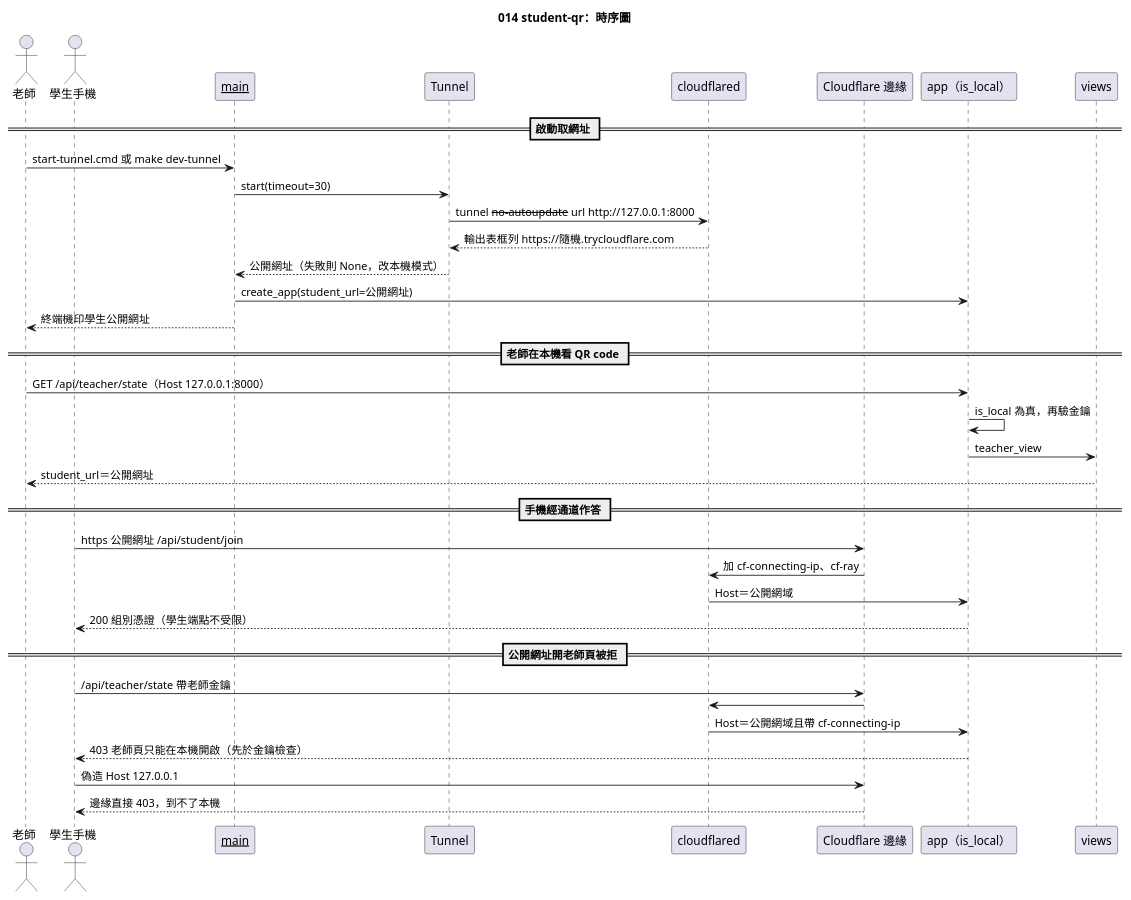
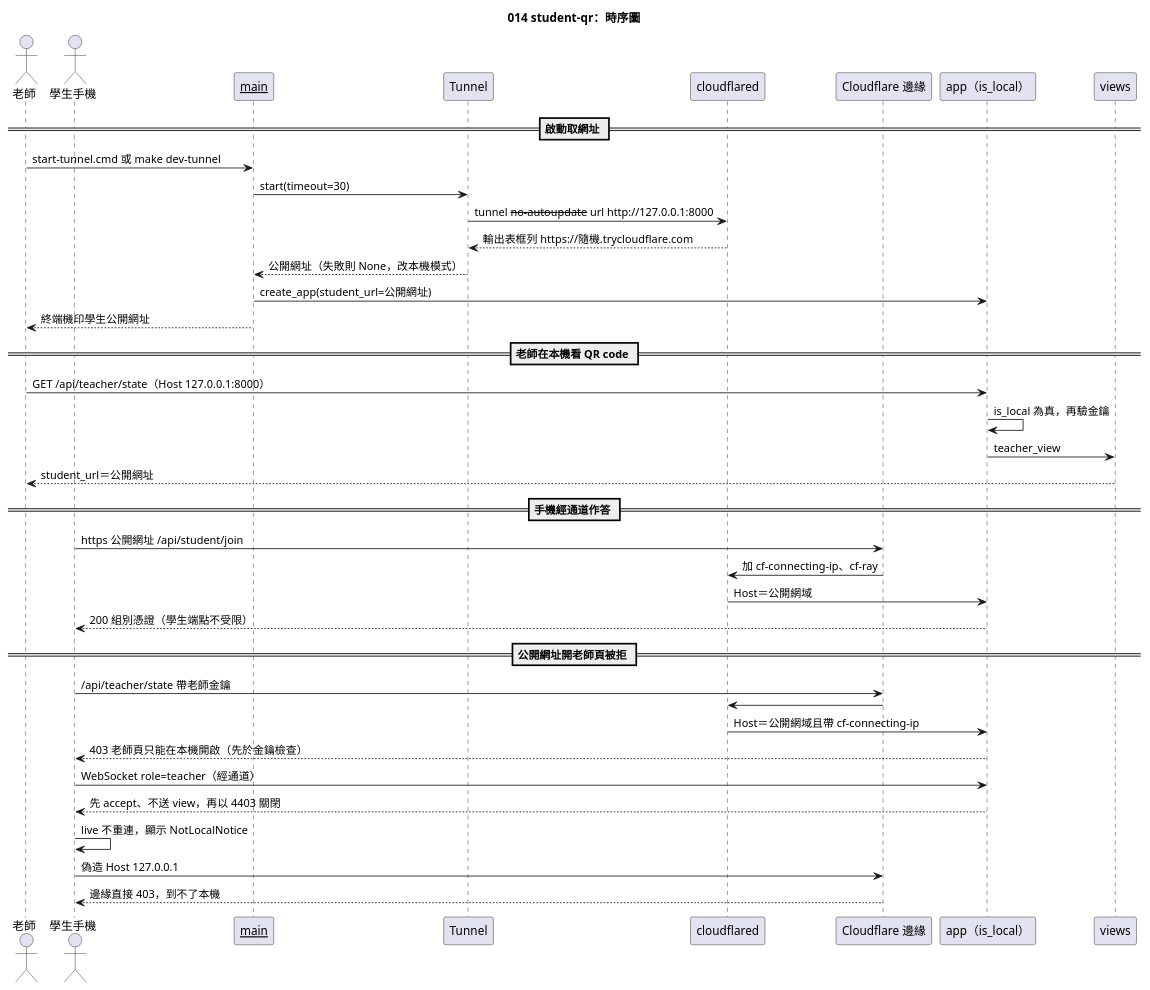
The diagram in diagrams/014-student-qr-sequence.puml (yue083139/software_fin-speckit), drawn with PlantUML before and after one commit. The commit also changed 14 other files, not shown here.

First line of the commit message:
feat(web,server): [CORE] 014-student-qr——學生連結 QR、老師頁不在本機提示、4403 不重連（與 OpenSpec 組同批）

```diff
--- a/diagrams/014-student-qr-sequence.puml
+++ b/diagrams/014-student-qr-sequence.puml
@@ -1,41 +1,44 @@
 @startuml 014-student-qr-sequence
 title 014 student-qr：時序圖
 
 actor "老師" as T
 actor "學生手機" as P
 participant "__main__" as M
 participant "Tunnel" as Tun
 participant "cloudflared" as CF
 participant "Cloudflare 邊緣" as E
 participant "app（is_local）" as A
 participant "views" as V
 
 == 啟動取網址 ==
 T -> M : start-tunnel.cmd 或 make dev-tunnel
 M -> Tun : start(timeout=30)
 Tun -> CF : tunnel --no-autoupdate --url http://127.0.0.1:8000
 CF --> Tun : 輸出表框列 https://隨機.trycloudflare.com
 Tun --> M : 公開網址（失敗則 None，改本機模式）
 M -> A : create_app(student_url=公開網址)
 M --> T : 終端機印學生公開網址
 
 == 老師在本機看 QR code ==
 T -> A : GET /api/teacher/state（Host 127.0.0.1:8000）
 A -> A : is_local 為真，再驗金鑰
 A -> V : teacher_view
 V --> T : student_url＝公開網址
 
 == 手機經通道作答 ==
 P -> E : https 公開網址 /api/student/join
 E -> CF : 加 cf-connecting-ip、cf-ray
 CF -> A : Host＝公開網域
 A --> P : 200 組別憑證（學生端點不受限）
 
 == 公開網址開老師頁被拒 ==
 P -> E : /api/teacher/state 帶老師金鑰
 E -> CF
 CF -> A : Host＝公開網域且帶 cf-connecting-ip
 A --> P : 403 老師頁只能在本機開啟（先於金鑰檢查）
+P -> A : WebSocket role=teacher（經通道）
+A --> P : 先 accept、不送 view，再以 4403 關閉
+P -> P : live 不重連，顯示 NotLocalNotice
 P -> E : 偽造 Host 127.0.0.1
 E --> P : 邊緣直接 403，到不了本機
 @enduml
```
